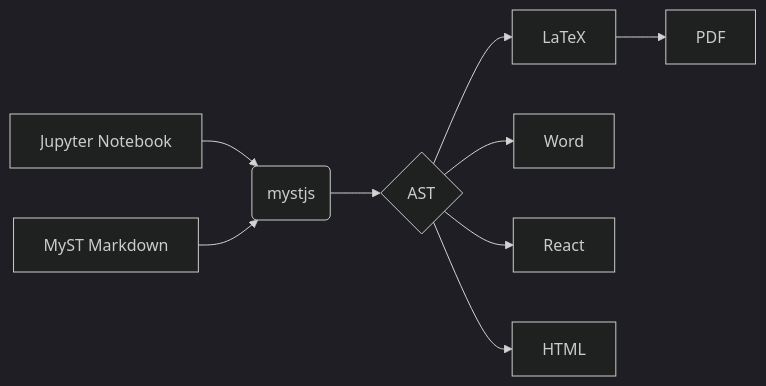
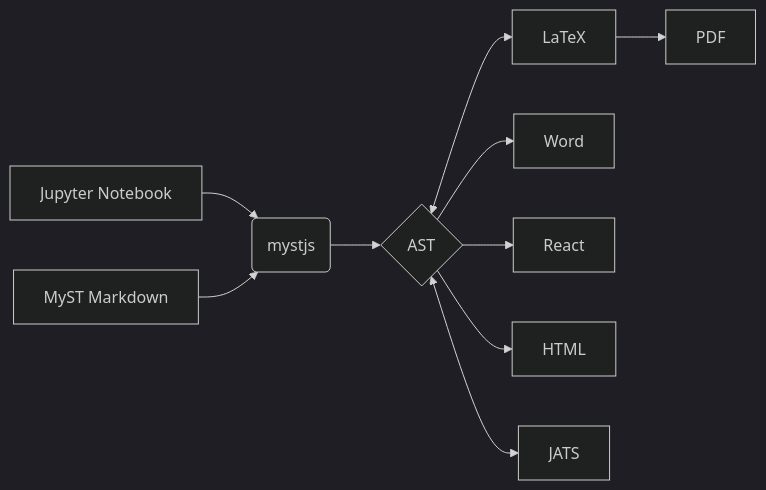
Before and after one commit to jupyter-book/mystmd: the diagram in docs/index.md, drawn with Mermaid (dark theme). The commit also changed other lines of this file and 3 other files, not shown here.

````diff
--- a/docs/index.md
+++ b/docs/index.md
@@ -121,11 +115,12 @@
 ```{mermaid}
 flowchart LR
   A[Jupyter Notebook] --> C
   B[MyST Markdown] --> C
   C(mystjs) --> D{AST}
-  D --> E[LaTeX]
+  D <--> E[LaTeX]
   E --> F[PDF]
   D --> G[Word]
   D --> H[React]
   D --> I[HTML]
+  D <--> J[JATS]
 ```
````
